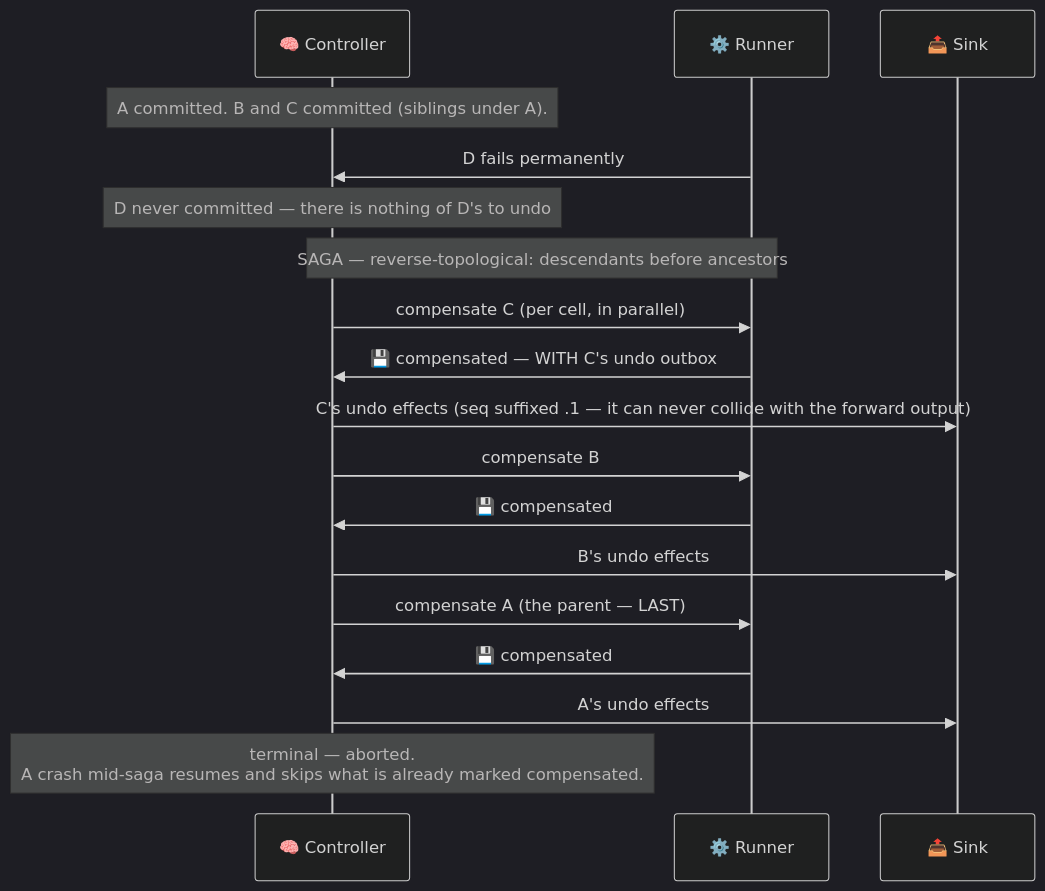
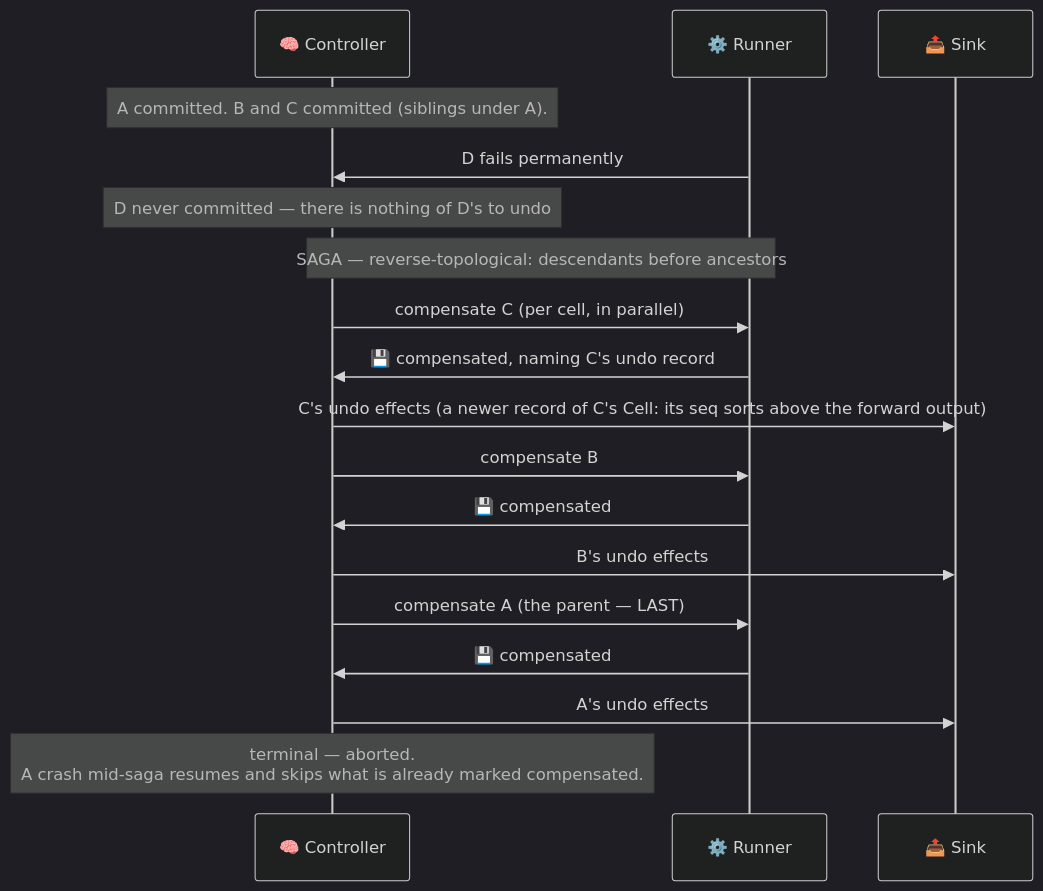
The fifth of 8 diagrams in docs/architecture/workflow_profile.md (Flezha/flezha), drawn with Mermaid (dark theme) before and after one commit. The commit also changed other lines of this file and 72 other files, not shown here.

````diff
--- a/docs/architecture/workflow_profile.md
+++ b/docs/architecture/workflow_profile.md
@@ -249,22 +263,22 @@
 ```mermaid
 sequenceDiagram
     participant CTRL as 🧠 Controller
     participant EX as ⚙️ Runner
     participant SINK as 📤 Sink
 
     Note over CTRL: A committed. B and C committed (siblings under A).
     EX->>CTRL: D fails permanently
     Note over CTRL: D never committed — there is nothing of D's to undo
 
     Note over CTRL,EX: SAGA — reverse-topological: descendants before ancestors
     CTRL->>EX: compensate C (per cell, in parallel)
-    EX->>CTRL: 💾 compensated — WITH C's undo outbox
-    CTRL->>SINK: C's undo effects (seq suffixed .1 — it can never collide with the forward output)
+    EX->>CTRL: 💾 compensated, naming C's undo record
+    CTRL->>SINK: C's undo effects (a newer record of C's Cell: its seq sorts above the forward output)
     CTRL->>EX: compensate B
     EX->>CTRL: 💾 compensated
     CTRL->>SINK: B's undo effects
     CTRL->>EX: compensate A (the parent — LAST)
     EX->>CTRL: 💾 compensated
     CTRL->>SINK: A's undo effects
     Note over CTRL: terminal — aborted.<br/>A crash mid-saga resumes and skips what is already marked compensated.
 ```
````
